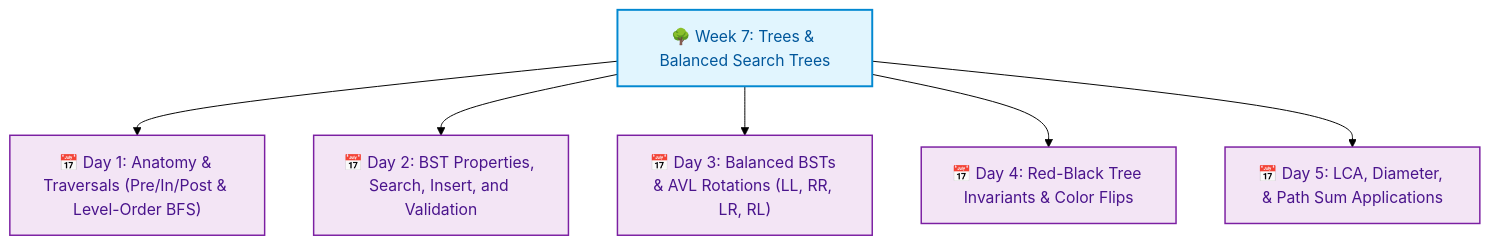
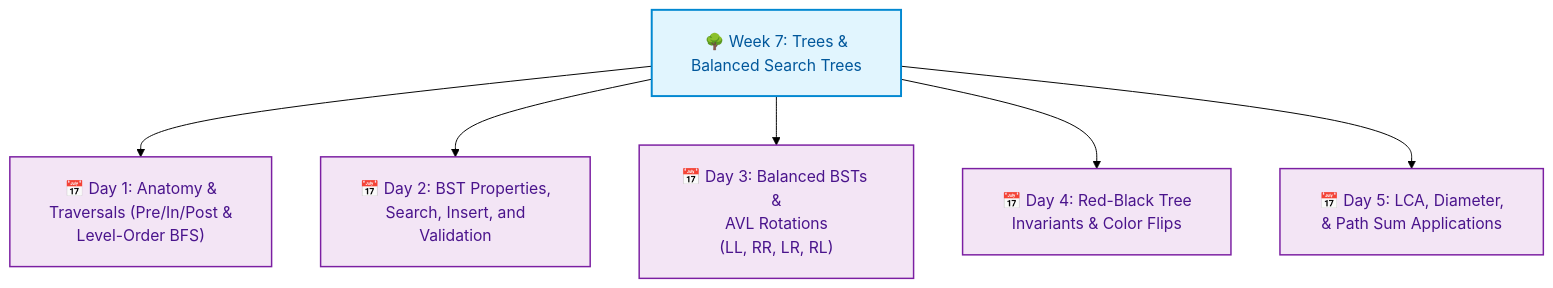
The first of 25 diagrams in week_07_trees_and_balanced_search_trees/Week_07_Visual_Concepts_Playbook_HYBRID.md (dip4k/DSA_102), drawn with Mermaid (forest theme) before and after one commit. The commit also changed other lines of this file and 108 other files, not shown here.

First line of the commit message:
fix(mermaid): resolve diagram clipping, padding, and syntax issues across repo

````diff
--- a/week_07_trees_and_balanced_search_trees/Week_07_Visual_Concepts_Playbook_HYBRID.md
+++ b/week_07_trees_and_balanced_search_trees/Week_07_Visual_Concepts_Playbook_HYBRID.md
@@ -46,12 +46,13 @@
 ```mermaid
+%%{init: {"flowchart": {"htmlLabels": true, "padding": 20}}}%%
 flowchart TD
     classDef week fill:#e1f5fe,stroke:#0288d1,color:#01579b,stroke-width:2px;
     classDef day fill:#f3e5f5,stroke:#7b1fa2,color:#4a148c,stroke-width:1.5px;
 
-    W["🌳 Week 7: Trees & Balanced Search Trees"]:::week
-    W --> D1["📅 Day 1: Anatomy & Traversals (Pre/In/Post & Level-Order BFS)"]:::day
-    W --> D2["📅 Day 2: BST Properties, Search, Insert, and Validation"]:::day
-    W --> D3["📅 Day 3: Balanced BSTs & AVL Rotations (LL, RR, LR, RL)"]:::day
-    W --> D4["📅 Day 4: Red-Black Tree Invariants & Color Flips"]:::day
-    W --> D5["📅 Day 5: LCA, Diameter, & Path Sum Applications"]:::day
+    W["🌳 Week 7: Trees &<br/>Balanced Search Trees"]:::week
+    W --> D1["📅 Day 1: Anatomy &<br/>Traversals (Pre/In/Post &<br/>Level-Order BFS)"]:::day
+    W --> D2["📅 Day 2: BST Properties,<br/>Search, Insert, and<br/>Validation"]:::day
+    W --> D3["📅 Day 3: Balanced BSTs &<br/>AVL Rotations<br/>(LL, RR, LR, RL)"]:::day
+    W --> D4["📅 Day 4: Red-Black Tree<br/>Invariants & Color Flips"]:::day
+    W --> D5["📅 Day 5: LCA, Diameter,<br/>& Path Sum Applications"]:::day
 ```
````
